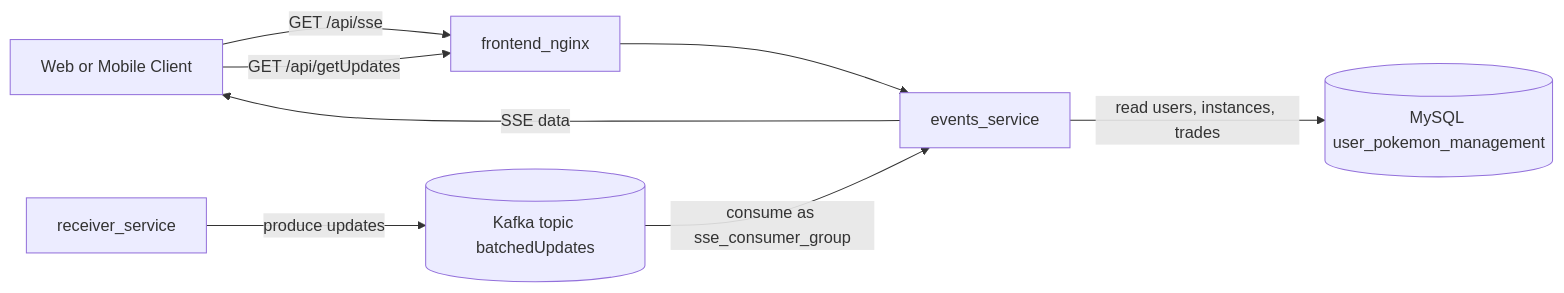
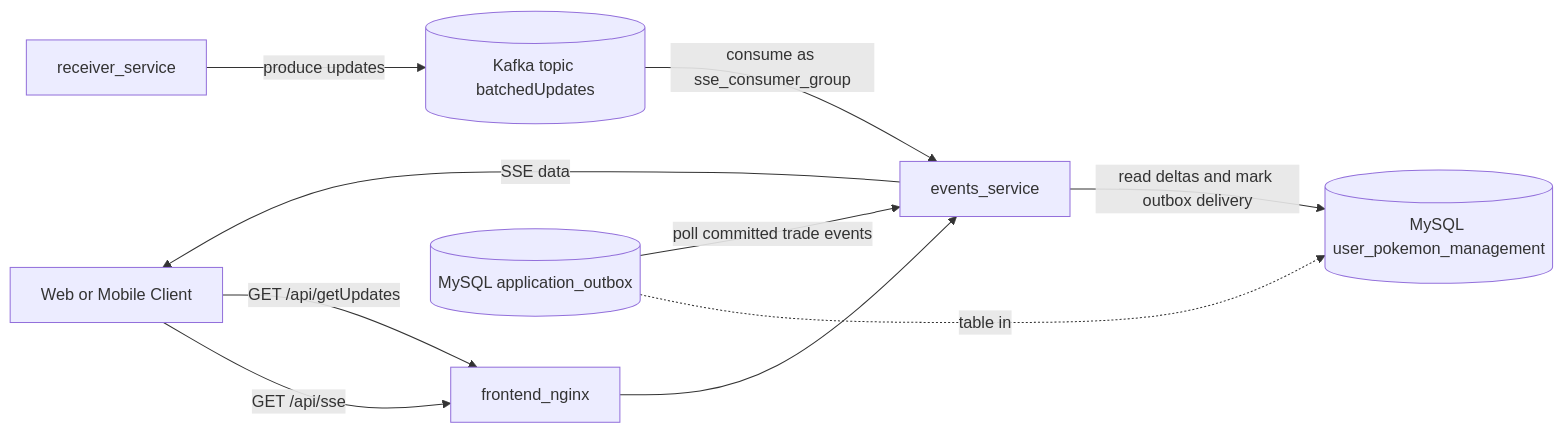
One commit to AdamWentworth/Go changed the first of 3 diagrams in reader/events/README.md. Above: the diagram before and after it, drawn with Mermaid. The commit also changed other lines of this file and 20 other files, not shown here.

Commit message:
feat(trades): broadcast authoritative updates via outbox

````diff
--- a/reader/events/README.md
+++ b/reader/events/README.md
@@ -49,18 +50,21 @@
 ```mermaid
 flowchart LR
   Client[Web or Mobile Client]
   Nginx[frontend_nginx]
   Events[events_service]
   Receiver[receiver_service]
   Kafka[(Kafka topic batchedUpdates)]
+  Outbox[(MySQL application_outbox)]
   MySQL[(MySQL user_pokemon_management)]
 
   Client -->|GET /api/sse| Nginx
   Client -->|GET /api/getUpdates| Nginx
   Nginx --> Events
 
   Receiver -->|produce updates| Kafka
   Kafka -->|consume as sse_consumer_group| Events
-  Events -->|read users, instances, trades| MySQL
+  Outbox -.->|table in| MySQL
+  Outbox -->|poll committed trade events| Events
+  Events -->|read deltas and mark outbox delivery| MySQL
   Events -->|SSE data| Client
 ```
````
